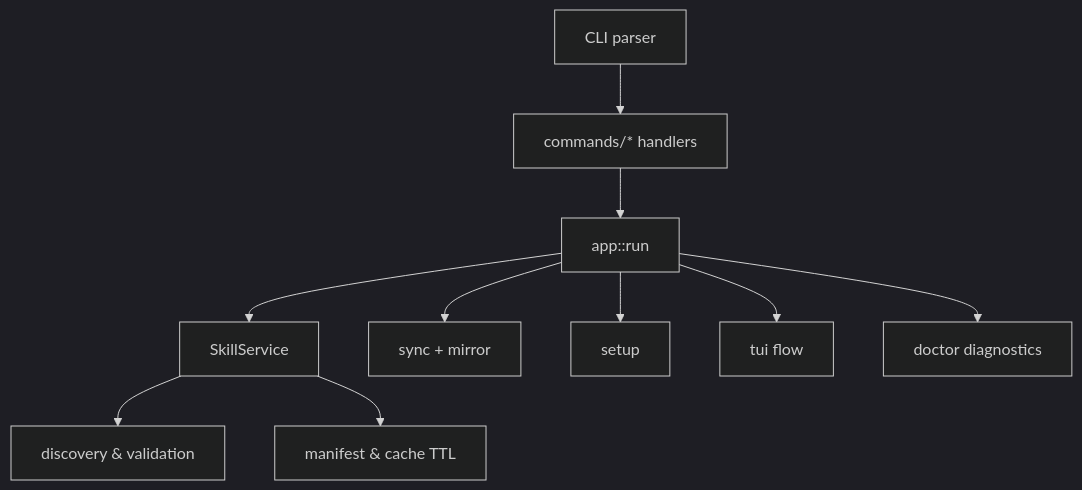
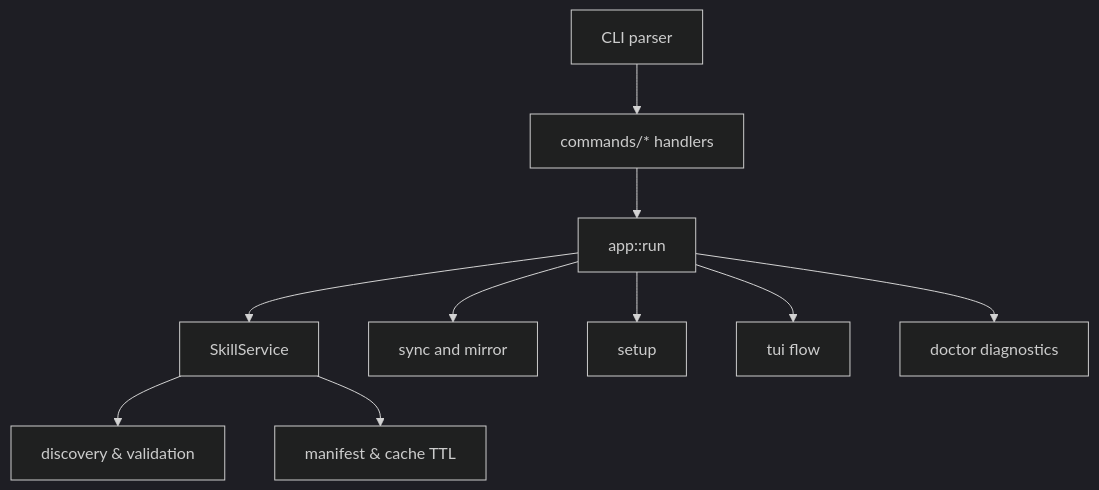
Before and after one commit to athola/skrills: the first of 2 diagrams in docs/architecture.md, drawn with Mermaid (dark theme). The commit also changed other lines of this file and 118 other files, not shown here.

````diff
--- a/docs/architecture.md
+++ b/docs/architecture.md
@@ -7,12 +7,12 @@
 ```mermaid
 graph TD
     CLI[CLI parser] --> Commands[commands/* handlers]
     Commands --> App[app::run]
     App --> SkillService
     SkillService --> Discovery[discovery & validation]
     SkillService --> State[manifest & cache TTL]
-    App --> Sync[sync + mirror]
+    App --> Sync[sync and mirror]
     App --> Setup[setup]
     App --> Tui[tui flow]
     App --> Doctor[doctor diagnostics]
 ```
````
